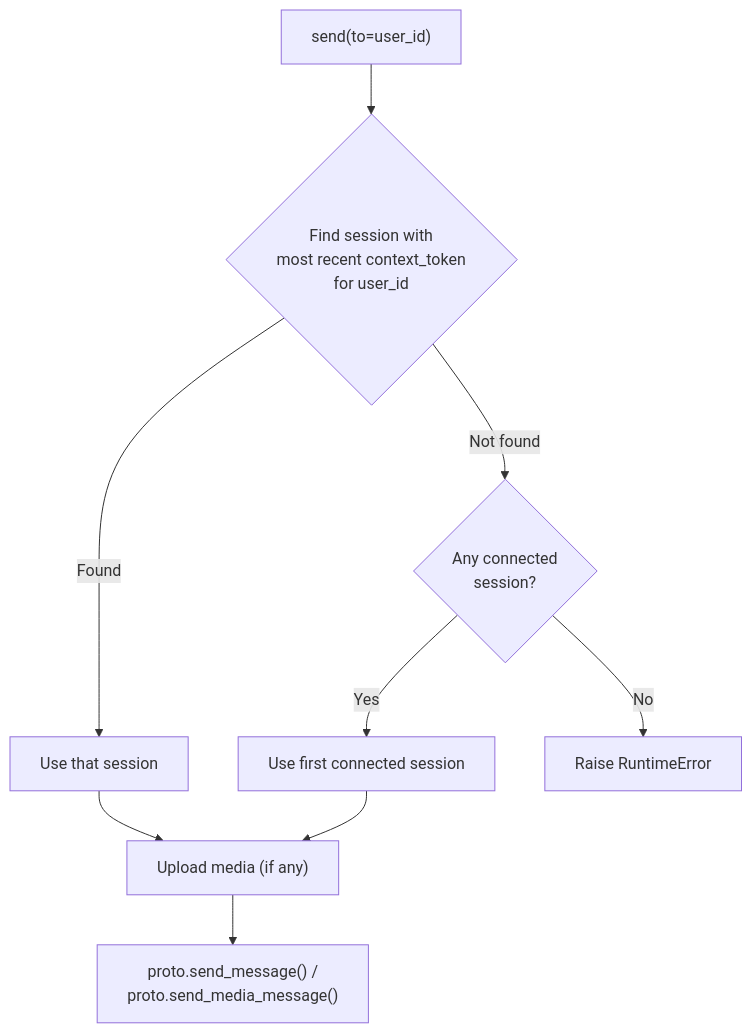
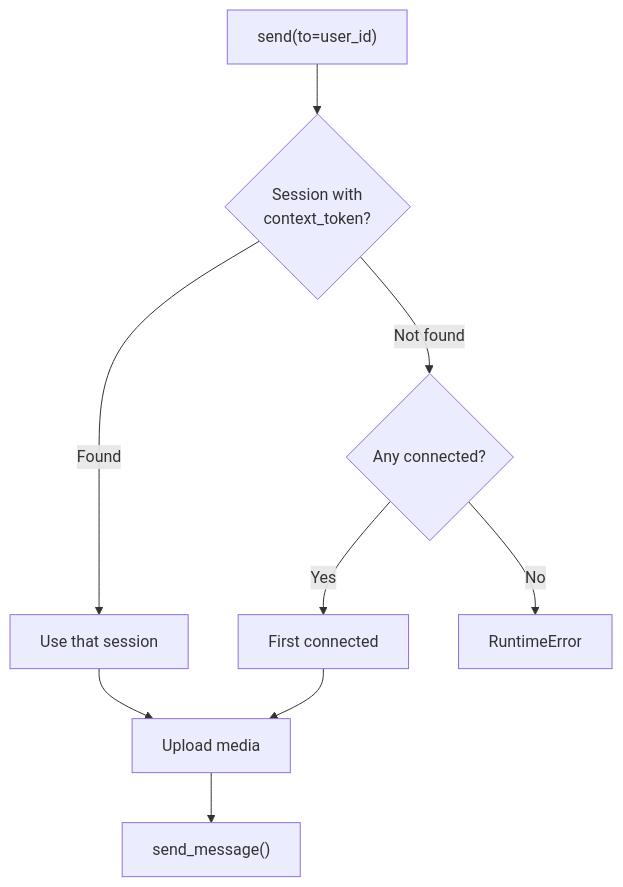
Before and after one commit to Oaklight/weilink: the fourth of 9 diagrams in docs/architecture.md, drawn with Mermaid. The commit also changed other lines of this file, not shown here.

Commit message:
Compact send routing diagram, side-by-side CDN pipeline subgraphs

````diff
--- a/docs/architecture.md
+++ b/docs/architecture.md
@@ -106,11 +106,10 @@
 ```mermaid
 flowchart TD
-    A["send(to=user_id)"] --> B{"Find session with<br/>most recent context_token<br/>for user_id"}
+    A["send(to=user_id)"] --> B{"Session with<br/>context_token?"}
     B -->|Found| C["Use that session"]
-    B -->|Not found| D{"Any connected<br/>session?"}
-    D -->|Yes| C2["Use first connected session"]
-    D -->|No| E["Raise RuntimeError"]
-    C --> F["Upload media (if any)"]
-    C2 --> F
-    F --> G["proto.send_message() /<br/>proto.send_media_message()"]
+    B -->|Not found| D{"Any connected?"}
+    D -->|Yes| C2["First connected"]
+    D -->|No| E["RuntimeError"]
+    C & C2 --> F["Upload media"]
+    F --> G["send_message()"]
 ```
````
